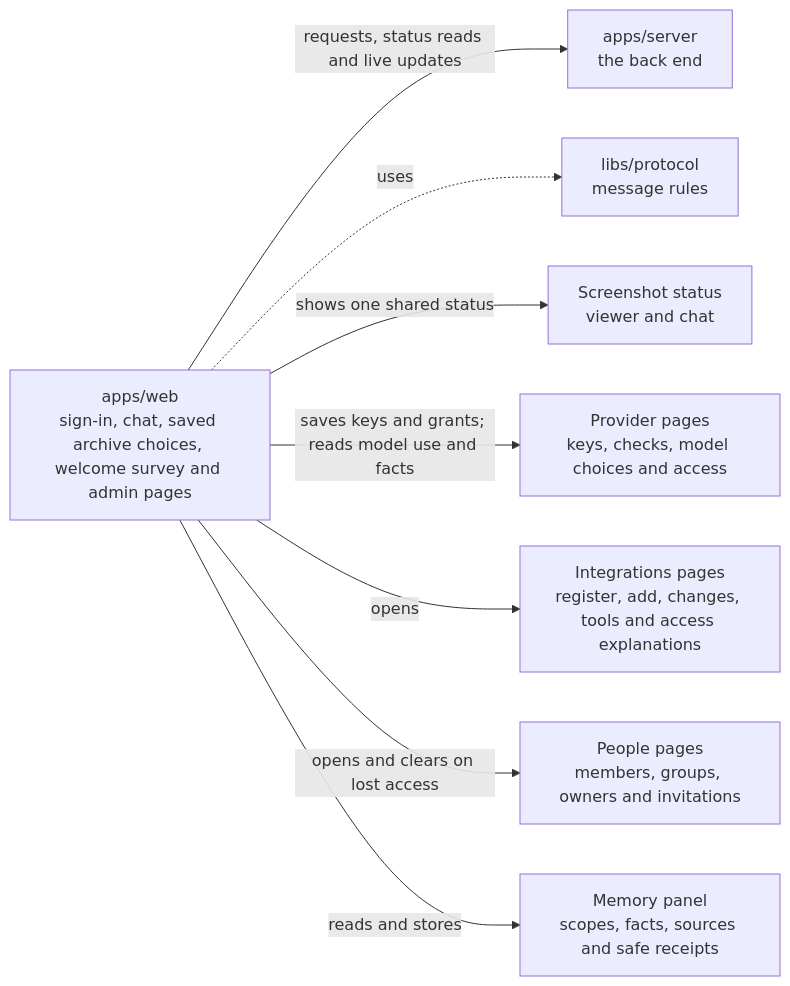
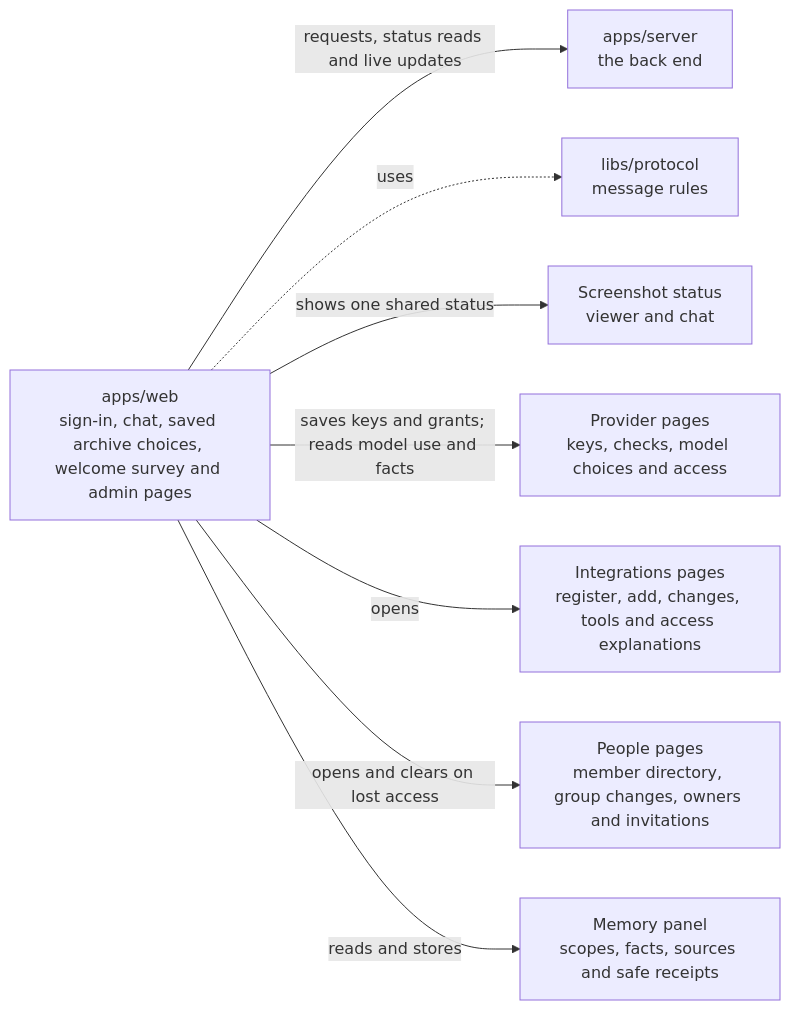
One commit to elewa-git/opencrane-new changed the diagram in apps/web/README.md. Above: the diagram before and after it, drawn with Mermaid. The commit also changed other lines of this file and 32 other files, not shown here.

Commit message:
👥 Add organisation members from local group pages

````diff
--- a/apps/web/README.md
+++ b/apps/web/README.md
@@ -11,10 +11,10 @@
 ```mermaid
 flowchart LR
   web["apps/web<br/>sign-in, chat, saved archive choices, welcome survey and admin pages"] -->|requests, status reads and live updates| server["apps/server<br/>the back end"]
   web -.->|uses| protocol["libs/protocol<br/>message rules"]
   web -->|shows one shared status| capture["Screenshot status<br/>viewer and chat"]
   web -->|saves keys and grants; reads model use and facts| providers["Provider pages<br/>keys, checks, model choices and access"]
   web -->|opens| integrations["Integrations pages<br/>register, add, changes, tools and access explanations"]
-  web -->|opens and clears on lost access| people["People pages<br/>members, groups, owners and invitations"]
+  web -->|opens and clears on lost access| people["People pages<br/>member directory, group changes, owners and invitations"]
   web -->|reads and stores| memory["Memory panel<br/>scopes, facts, sources and safe receipts"]
 ```
````
